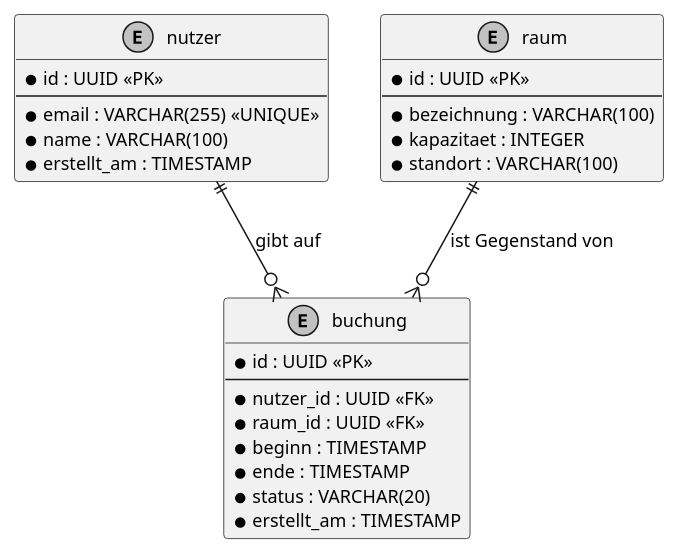
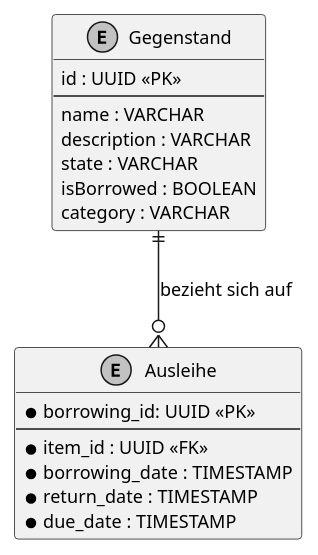
One commit to GWMDS/LeihListe changed the fifth of 5 diagrams in docs/technical/design.adoc. Above: the diagram before and after it, drawn with PlantUML. The commit also changed other lines of this file, not shown here.

Commit message:
chore(design.adoc): documented database models

```diff
--- a/docs/technical/design.adoc
+++ b/docs/technical/design.adoc
@@ -239,38 +239,58 @@
 [plantuml, data-model, svg]
 ....
 @startuml
 skinparam monochrome true
 skinparam defaultFontSize 12
 
-entity "nutzer" as user {
-  * id : UUID <<PK>>
+entity "Gegenstand" as item {
+  id : UUID <<PK>>
   --
-  * email : VARCHAR(255) <<UNIQUE>>
-  * name : VARCHAR(100)
-  * erstellt_am : TIMESTAMP
+  name : VARCHAR
+  description : VARCHAR
+  state : VARCHAR
+  isBorrowed : BOOLEAN
+  category : VARCHAR
 }
 
-entity "raum" as room {
-  * id : UUID <<PK>>
+entity "Ausleihe" as borrowing {
+  * borrowing_id: UUID <<PK>>
   --
-  * bezeichnung : VARCHAR(100)
-  * kapazitaet : INTEGER
-  * standort : VARCHAR(100)
+  * item_id : UUID <<FK>>
+  * borrowing_date : TIMESTAMP
+  * return_date : TIMESTAMP
+  * due_date : TIMESTAMP
 }
 
-entity "buchung" as booking {
-  * id : UUID <<PK>>
-  --
-  * nutzer_id : UUID <<FK>>
-  * raum_id : UUID <<FK>>
-  * beginn : TIMESTAMP
-  * ende : TIMESTAMP
-  * status : VARCHAR(20)
-  * erstellt_am : TIMESTAMP
-}
-
-user ||--o{ booking : "gibt auf"
-room ||--o{ booking : "ist Gegenstand von"
+' entity "nutzer" as user {
+'   * id : UUID <<PK>>
+'   --
+'   * email : VARCHAR(255) <<UNIQUE>>
+'   * name : VARCHAR(100)
+'   * erstellt_am : TIMESTAMP
+' }
+' 
+' entity "raum" as room {
+'   * id : UUID <<PK>>
+'   --
+'   * bezeichnung : VARCHAR(100)
+'   * kapazitaet : INTEGER
+'   * standort : VARCHAR(100)
+' }
+' 
+' entity "buchung" as booking {
+'   * id : UUID <<PK>>
+'   --
+'   * nutzer_id : UUID <<FK>>
+'   * raum_id : UUID <<FK>>
+'   * beginn : TIMESTAMP
+'   * ende : TIMESTAMP
+'   * status : VARCHAR(20)
+'   * erstellt_am : TIMESTAMP
+' }
+' 
+' user ||--o{ booking : "gibt auf"
+' room ||--o{ booking : "ist Gegenstand von"
+item ||--o{ borrowing : "bezieht sich auf"
 
 @enduml
 ....
```
